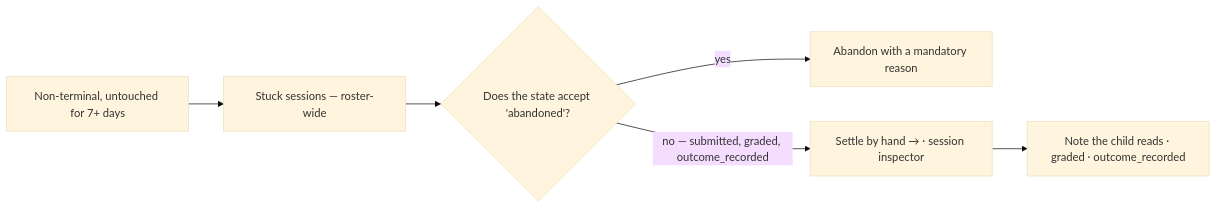
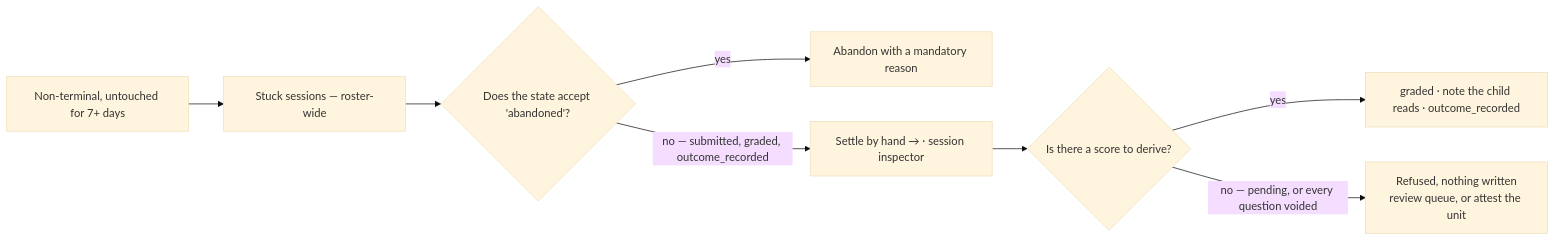
One commit to kckern/DaylightStation changed diagram 15 of 16 in docs/reference/school/teacher.md. Above: the diagram before and after it, drawn with Mermaid (base theme). The commit also changed other lines of this file and 3 other files, not shown here.

````diff
--- a/docs/reference/school/teacher.md
+++ b/docs/reference/school/teacher.md
@@ -712,8 +741,10 @@
 ```mermaid
 flowchart LR
     S["Non-terminal, untouched for 7+ days"] --> LIST["Stuck sessions — roster-wide"]
     LIST --> C{"Does the state accept 'abandoned'?"}
     C -->|yes| A["Abandon with a mandatory reason"]
     C -->|"no — submitted, graded, outcome_recorded"| G["Settle by hand → · session inspector"]
-    G --> H["Note the child reads · graded · outcome_recorded"]
+    G --> D{"Is there a score to derive?"}
+    D -->|yes| H["graded · note the child reads · outcome_recorded"]
+    D -->|"no — pending, or every question voided"| R["Refused, nothing written<br/>review queue, or attest the unit"]
 ```
````
